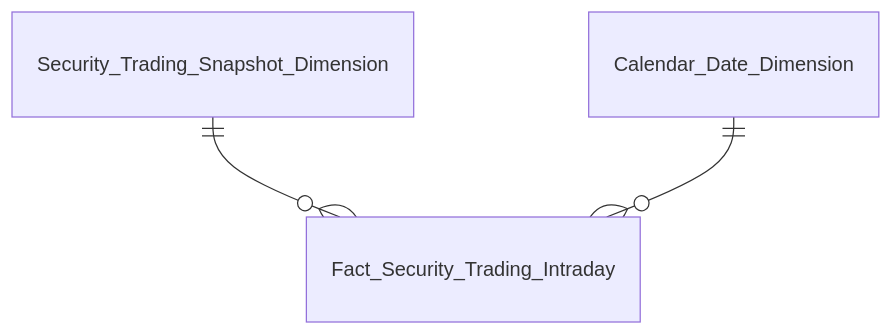
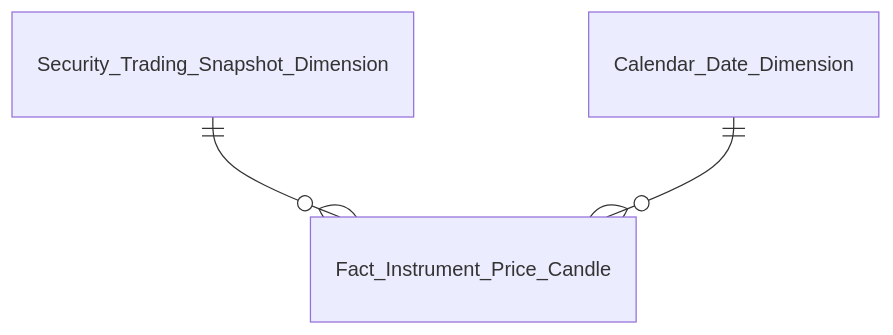
One commit to linhlvit/ubck_atomic_design changed the fifth of 16 diagrams in Datamart/hld/DTM_GSTT_Entities.md. Above: the diagram before and after it, drawn with Mermaid. The commit also changed other lines of this file and 14 other files, not shown here.

Commit message:
feat(GSTT): cap nhat thiet ke nen gia instrument_price_candle, tham chieu ro chi so va dong bo HLD, LLD, flat tables

````diff
--- a/Datamart/hld/DTM_GSTT_Entities.md
+++ b/Datamart/hld/DTM_GSTT_Entities.md
@@ -97,5 +100,5 @@
 ```mermaid
 erDiagram
-    Security_Trading_Snapshot_Dimension ||--o{ Fact_Security_Trading_Intraday : " "
-    Calendar_Date_Dimension ||--o{ Fact_Security_Trading_Intraday : " "
+    Security_Trading_Snapshot_Dimension ||--o{ Fact_Instrument_Price_Candle : " "
+    Calendar_Date_Dimension ||--o{ Fact_Instrument_Price_Candle : " "
 ```
````
